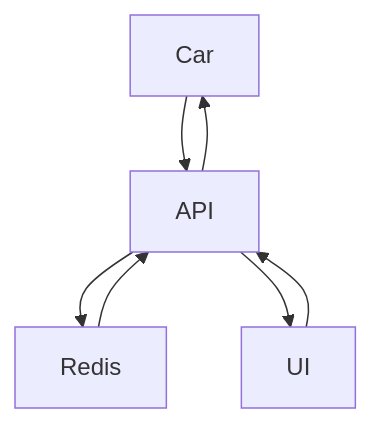
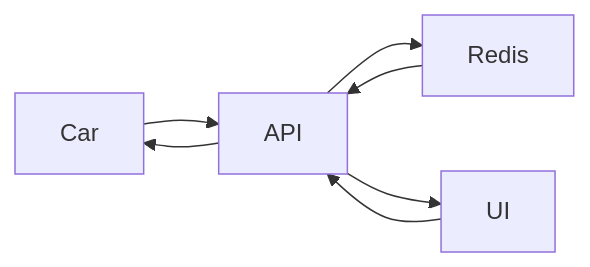
Before and after one commit to ethan42/mayhem-demo: the diagram in README.md, drawn with Mermaid.

Commit message:
switch mermaid to LR

````diff
--- a/README.md
+++ b/README.md
@@ -10,9 +10,9 @@
 ```mermaid
-graph TD;
+graph LR;
     Car --> API;
     API --> Car;
     API --> Redis;
     Redis --> API;
     API --> UI;
     UI --> API;
 ```
````
